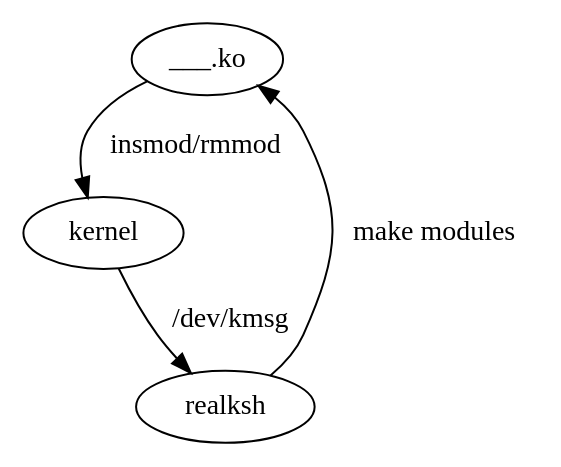
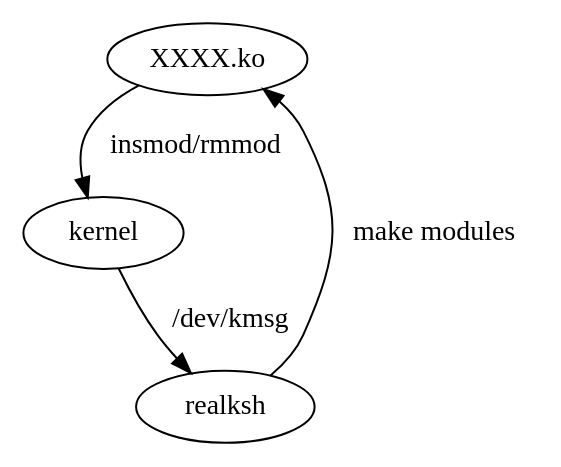
One commit to dancerj/monthly-report changed the diagram in image200609/structure.dot. Above: the diagram before and after it, drawn with Graphviz. The commit also changed 10 other files, not shown here.

```diff
--- a/image200609/structure.dot
+++ b/image200609/structure.dot
@@ -1,7 +1,7 @@
 // circo ./structure.dot -T ps > structure.eps
 digraph structure {
 mindist=2
-"___.ko" -> "kernel" [label="insmod/rmmod"];
+"XXXX.ko" -> "kernel" [label="insmod/rmmod"];
 "kernel" -> "realksh" [label="/dev/kmsg"];
-"realksh" -> "___.ko" [label="make modules"];
+"realksh" -> "XXXX.ko" [label="make modules"];
 }
```
